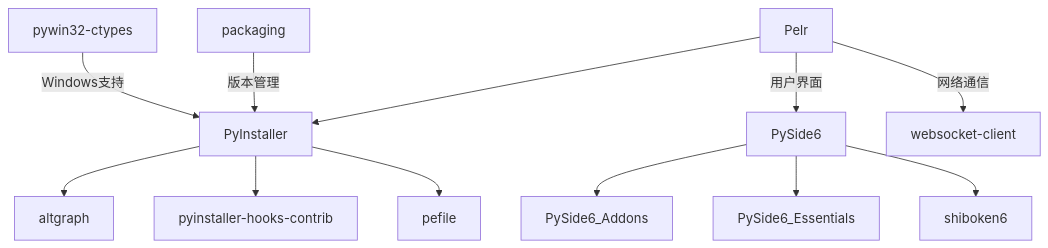
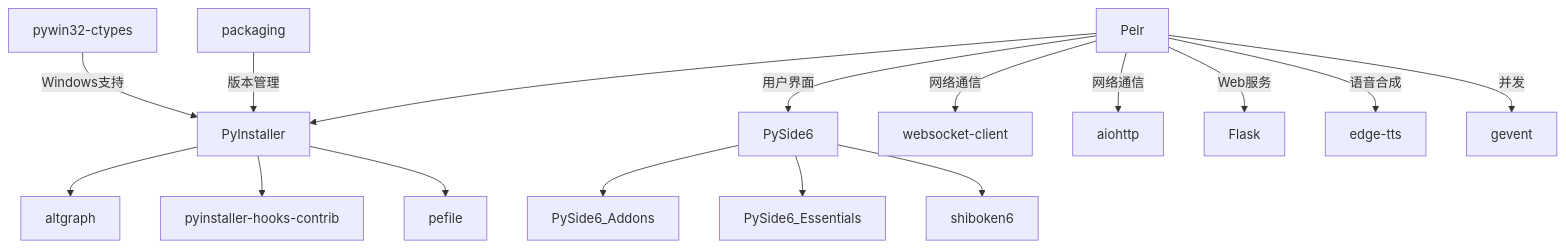
The diagram in docs/Python-工具链.md (csy214-beep/Pelr), drawn with Mermaid before and after one commit. The commit also changed other lines of this file and 18 other files, not shown here.

Commit message:
feat(TTS): 新增openai_edge_tts语音合成引擎

````diff
--- a/docs/Python-工具链.md
+++ b/docs/Python-工具链.md
@@ -86,14 +120,18 @@
 ```mermaid
 graph TD
     Pelr --> PyInstaller
     PyInstaller --> altgraph
     PyInstaller --> pyinstaller-hooks-contrib
     PyInstaller --> pefile
     pywin32-ctypes -->|Windows支持| PyInstaller
     packaging -->|版本管理| PyInstaller
     Pelr -->|用户界面| PySide6
     PySide6 --> PySide6_Addons
     PySide6 --> PySide6_Essentials
     PySide6 --> shiboken6
     Pelr -->|网络通信| websocket-client
+    Pelr -->|网络通信| aiohttp
+    Pelr -->|Web服务| Flask
+    Pelr -->|语音合成| edge-tts
+    Pelr -->|并发| gevent
 ```
````
